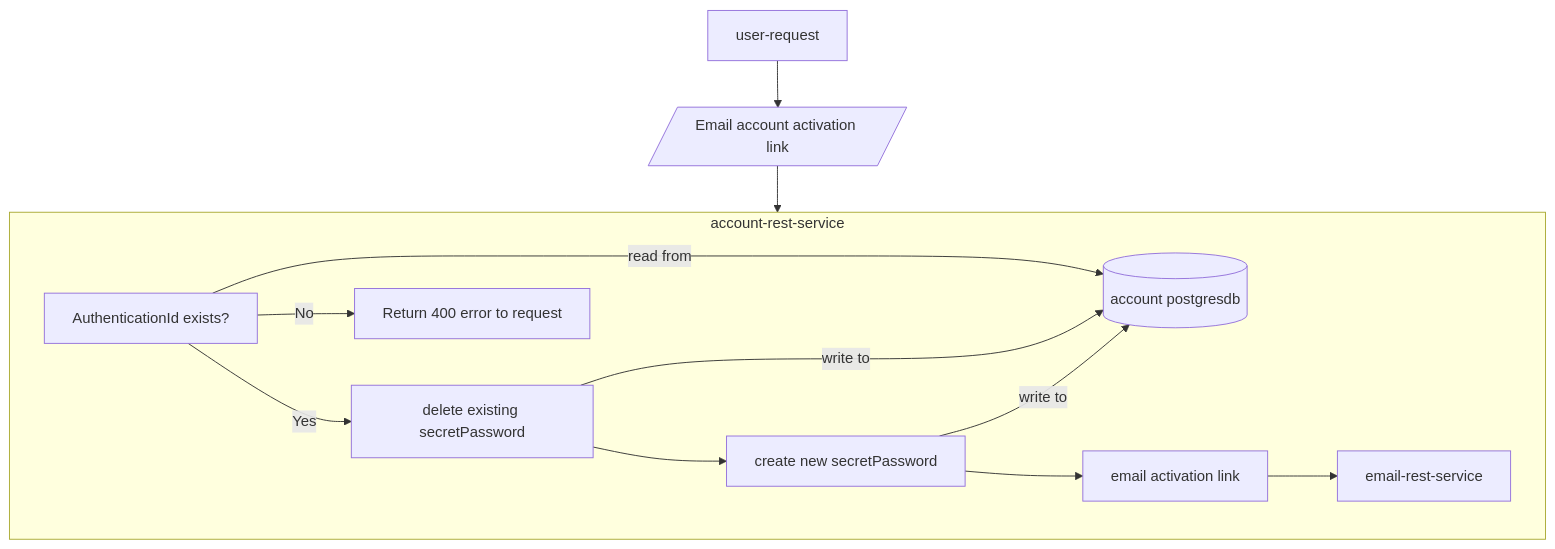
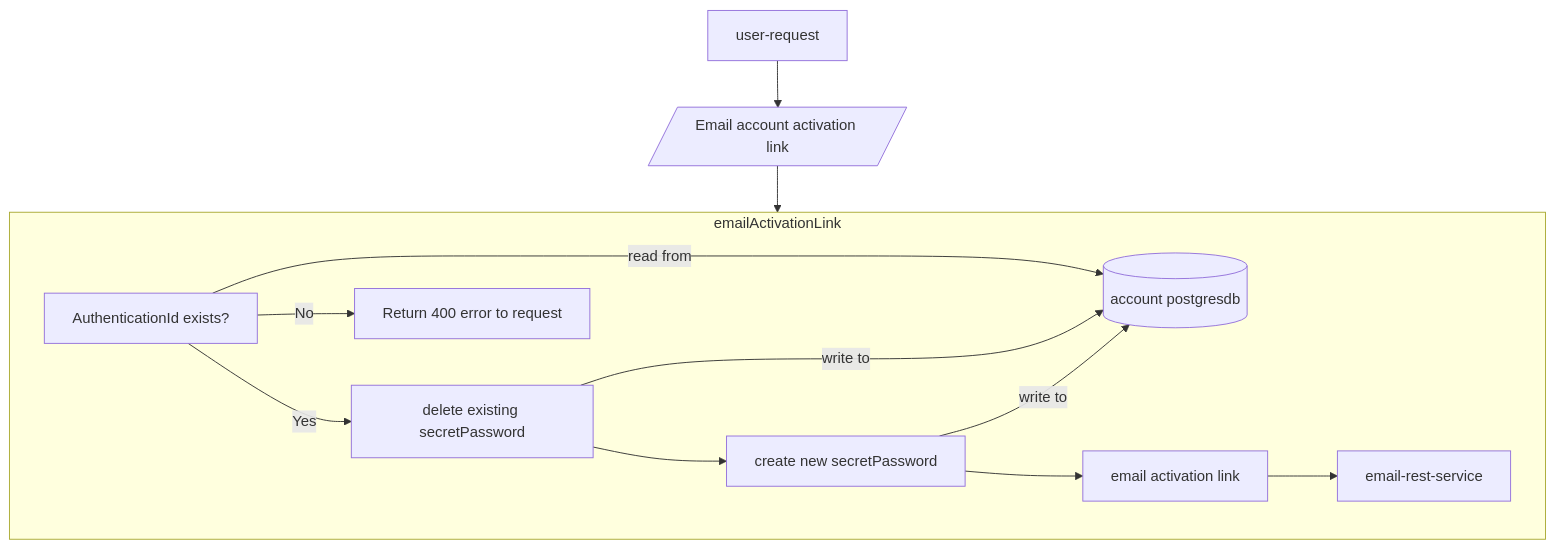
One commit to sonamsamdupkhangsar/account-rest-service changed the third of 8 diagrams in README.md. Above: the diagram before and after it, drawn with Mermaid.

````diff
--- a/README.md
+++ b/README.md
@@ -110,16 +110,16 @@
 ```mermaid
 flowchart TD
   User[user-request] -->UserEmailActivationLink[/Email account activation link/]--> account-rest-service
   
-  subgraph account-rest-service
+  subgraph account-rest-service[emailActivationLink]
   validateAuthenticationIdExists["AuthenticationId exists?"]
   validateAuthenticationIdExists --"read from"--> accountDb[(account postgresdb)]
   validateAuthenticationIdExists -->|Yes| deleteAnySecretPassword["delete existing secretPassword"]
   deleteAnySecretPassword --"write to"--> accountDb
   validateAuthenticationIdExists -->|No| ReturnError[Return 400 error to request]
   deleteAnySecretPassword --> createNewSecretPassword["create new secretPassword"]
   createNewSecretPassword --"write to"--> accountDb
   createNewSecretPassword --> emailActivationLink["email activation link"]
   emailActivationLink --> email-rest-service    
   end              
 ```
````
